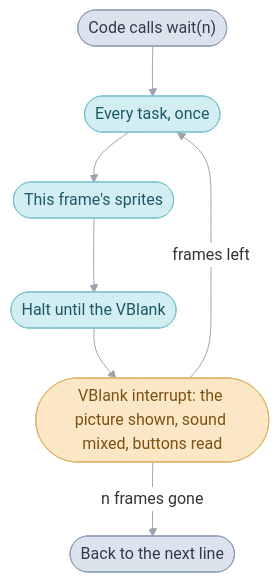
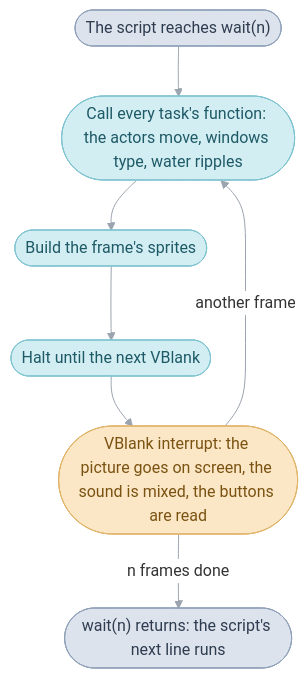
The second of 3 diagrams in games/tbs/README.md (PascalPixel/alchemy), drawn with Mermaid before and after one commit. The commit also changed other lines of this file and 3 other files, not shown here.

````diff
--- a/games/tbs/README.md
+++ b/games/tbs/README.md
@@ -64,16 +72,16 @@
 ```mermaid
 %%{init: {"theme": "base", "themeVariables": {"lineColor": "#9AA3AE", "edgeLabelBackground": "#FFFFFF"}, "flowchart": {"curve": "basis", "padding": 12}}}%%
 flowchart TD
-  call(["Code calls wait(n)"]) --> tasks(["Every task, once"])
-  tasks --> sprites(["This frame's sprites"])
-  sprites --> halt(["Halt until the VBlank"])
-  halt --> vblank(["VBlank interrupt: the picture shown, sound mixed, buttons read"])
-  vblank -- "frames left" --> tasks
-  vblank -- "n frames gone" --> back(["Back to the next line"])
+  call(["The script reaches wait(n)"]) --> tasks(["Call every task's function: the actors move, windows type, water ripples"])
+  tasks --> sprites(["Build the frame's sprites"])
+  sprites --> halt(["Halt until the next VBlank"])
+  halt --> vblank(["VBlank interrupt: the picture goes on screen, the sound is mixed, the buttons are read"])
+  vblank -- "another frame" --> tasks
+  vblank -- "n frames done" --> back(["wait(n) returns: the script's next line runs"])
   classDef code fill:#DDE3EC,stroke:#8FA0B8,color:#2E3C50
   classDef frame fill:#D2EEF3,stroke:#7FC3D0,color:#1E5966
   classDef hardware fill:#FBE7C6,stroke:#E0B46A,color:#7A5212
   class call,back code
   class tasks,sprites,halt frame
   class vblank hardware
 ```
````
